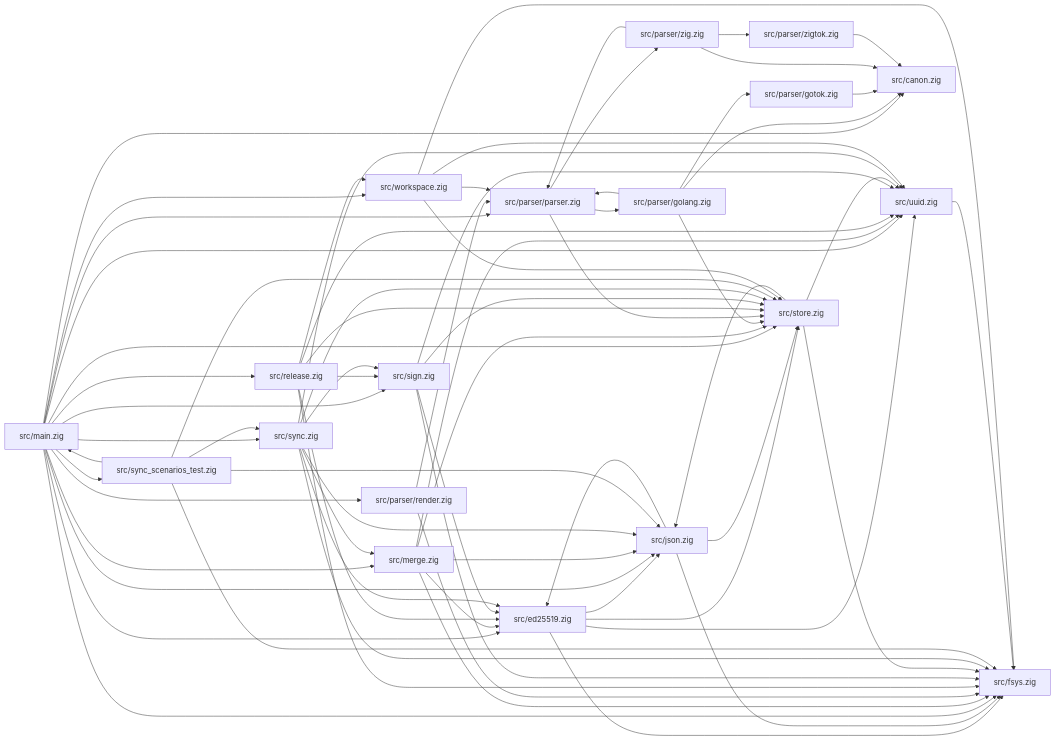
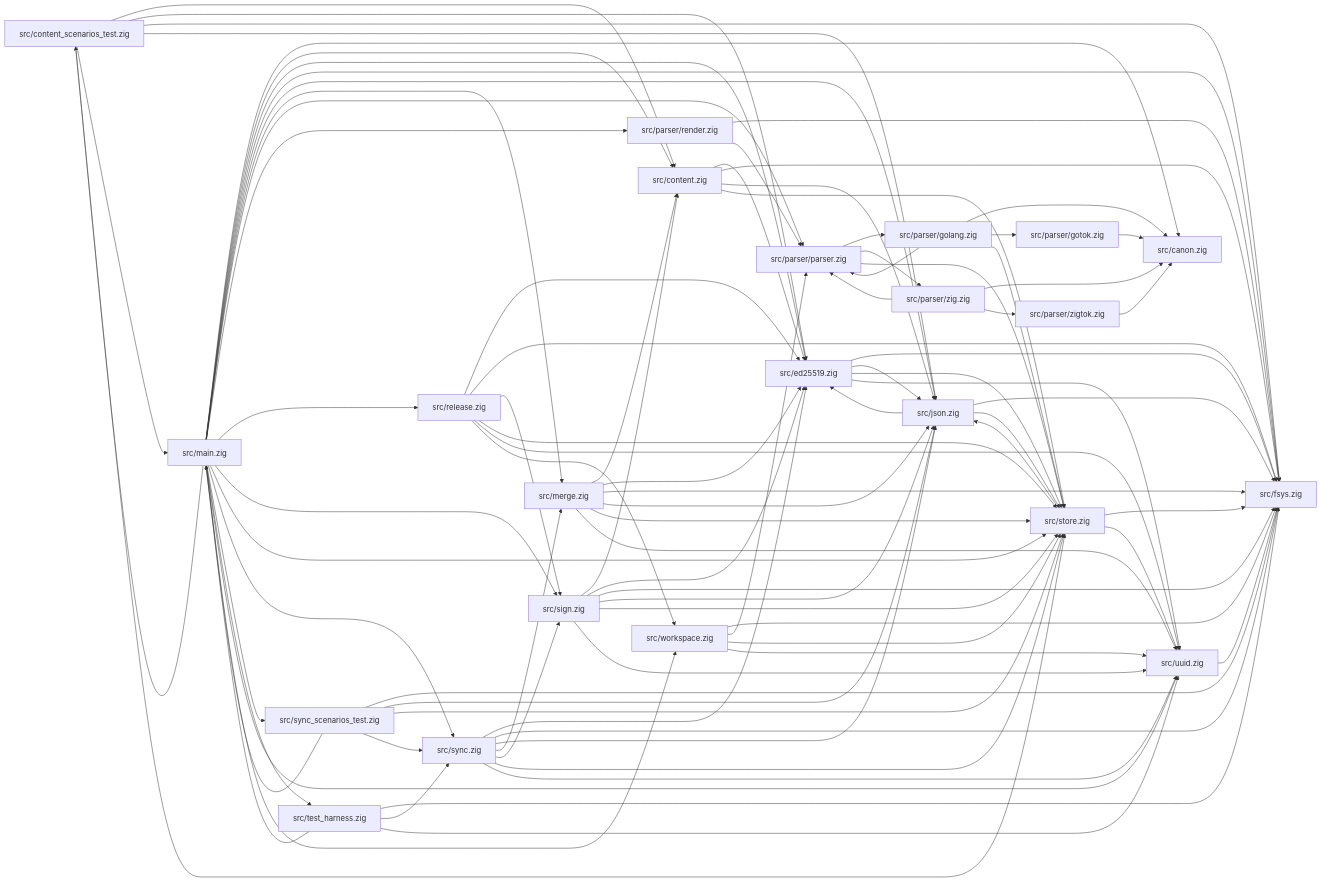
One commit to drawmeanelephant/flint-client changed the diagram in docs/module-map.md. Above: the diagram before and after it, drawn with Mermaid. The commit also changed 13 other files, not shown here.

````diff
--- a/docs/module-map.md
+++ b/docs/module-map.md
@@ -7,5 +7,15 @@
 ```mermaid
 flowchart LR
+  src_content_zig["src/content.zig"] --> src_ed25519_zig["src/ed25519.zig"]
+  src_content_zig["src/content.zig"] --> src_fsys_zig["src/fsys.zig"]
+  src_content_zig["src/content.zig"] --> src_json_zig["src/json.zig"]
+  src_content_zig["src/content.zig"] --> src_store_zig["src/store.zig"]
+  src_content_scenarios_test_zig["src/content_scenarios_test.zig"] --> src_content_zig["src/content.zig"]
+  src_content_scenarios_test_zig["src/content_scenarios_test.zig"] --> src_ed25519_zig["src/ed25519.zig"]
+  src_content_scenarios_test_zig["src/content_scenarios_test.zig"] --> src_fsys_zig["src/fsys.zig"]
+  src_content_scenarios_test_zig["src/content_scenarios_test.zig"] --> src_json_zig["src/json.zig"]
+  src_content_scenarios_test_zig["src/content_scenarios_test.zig"] --> src_main_zig["src/main.zig"]
+  src_content_scenarios_test_zig["src/content_scenarios_test.zig"] --> src_store_zig["src/store.zig"]
   src_ed25519_zig["src/ed25519.zig"] --> src_fsys_zig["src/fsys.zig"]
   src_ed25519_zig["src/ed25519.zig"] --> src_json_zig["src/json.zig"]
   src_ed25519_zig["src/ed25519.zig"] --> src_store_zig["src/store.zig"]
@@ -14,6 +24,8 @@
   src_json_zig["src/json.zig"] --> src_fsys_zig["src/fsys.zig"]
   src_json_zig["src/json.zig"] --> src_store_zig["src/store.zig"]
   src_main_zig["src/main.zig"] --> src_canon_zig["src/canon.zig"]
+  src_main_zig["src/main.zig"] --> src_content_zig["src/content.zig"]
+  src_main_zig["src/main.zig"] --> src_content_scenarios_test_zig["src/content_scenarios_test.zig"]
   src_main_zig["src/main.zig"] --> src_ed25519_zig["src/ed25519.zig"]
   src_main_zig["src/main.zig"] --> src_fsys_zig["src/fsys.zig"]
   src_main_zig["src/main.zig"] --> src_json_zig["src/json.zig"]
@@ -25,8 +37,10 @@
   src_main_zig["src/main.zig"] --> src_store_zig["src/store.zig"]
   src_main_zig["src/main.zig"] --> src_sync_zig["src/sync.zig"]
   src_main_zig["src/main.zig"] --> src_sync_scenarios_test_zig["src/sync_scenarios_test.zig"]
+  src_main_zig["src/main.zig"] --> src_test_harness_zig["src/test_harness.zig"]
   src_main_zig["src/main.zig"] --> src_uuid_zig["src/uuid.zig"]
   src_main_zig["src/main.zig"] --> src_workspace_zig["src/workspace.zig"]
+  src_merge_zig["src/merge.zig"] --> src_content_zig["src/content.zig"]
   src_merge_zig["src/merge.zig"] --> src_ed25519_zig["src/ed25519.zig"]
   src_merge_zig["src/merge.zig"] --> src_fsys_zig["src/fsys.zig"]
   src_merge_zig["src/merge.zig"] --> src_json_zig["src/json.zig"]
@@ -52,8 +66,10 @@
   src_release_zig["src/release.zig"] --> src_store_zig["src/store.zig"]
   src_release_zig["src/release.zig"] --> src_uuid_zig["src/uuid.zig"]
   src_release_zig["src/release.zig"] --> src_workspace_zig["src/workspace.zig"]
+  src_sign_zig["src/sign.zig"] --> src_content_zig["src/content.zig"]
   src_sign_zig["src/sign.zig"] --> src_ed25519_zig["src/ed25519.zig"]
   src_sign_zig["src/sign.zig"] --> src_fsys_zig["src/fsys.zig"]
+  src_sign_zig["src/sign.zig"] --> src_json_zig["src/json.zig"]
   src_sign_zig["src/sign.zig"] --> src_store_zig["src/store.zig"]
   src_sign_zig["src/sign.zig"] --> src_uuid_zig["src/uuid.zig"]
   src_store_zig["src/store.zig"] --> src_fsys_zig["src/fsys.zig"]
@@ -71,6 +87,10 @@
   src_sync_scenarios_test_zig["src/sync_scenarios_test.zig"] --> src_main_zig["src/main.zig"]
   src_sync_scenarios_test_zig["src/sync_scenarios_test.zig"] --> src_store_zig["src/store.zig"]
   src_sync_scenarios_test_zig["src/sync_scenarios_test.zig"] --> src_sync_zig["src/sync.zig"]
+  src_test_harness_zig["src/test_harness.zig"] --> src_fsys_zig["src/fsys.zig"]
+  src_test_harness_zig["src/test_harness.zig"] --> src_main_zig["src/main.zig"]
+  src_test_harness_zig["src/test_harness.zig"] --> src_sync_zig["src/sync.zig"]
+  src_test_harness_zig["src/test_harness.zig"] --> src_uuid_zig["src/uuid.zig"]
   src_uuid_zig["src/uuid.zig"] --> src_fsys_zig["src/fsys.zig"]
   src_workspace_zig["src/workspace.zig"] --> src_fsys_zig["src/fsys.zig"]
   src_workspace_zig["src/workspace.zig"] --> src_parser_parser_zig["src/parser/parser.zig"]
````
